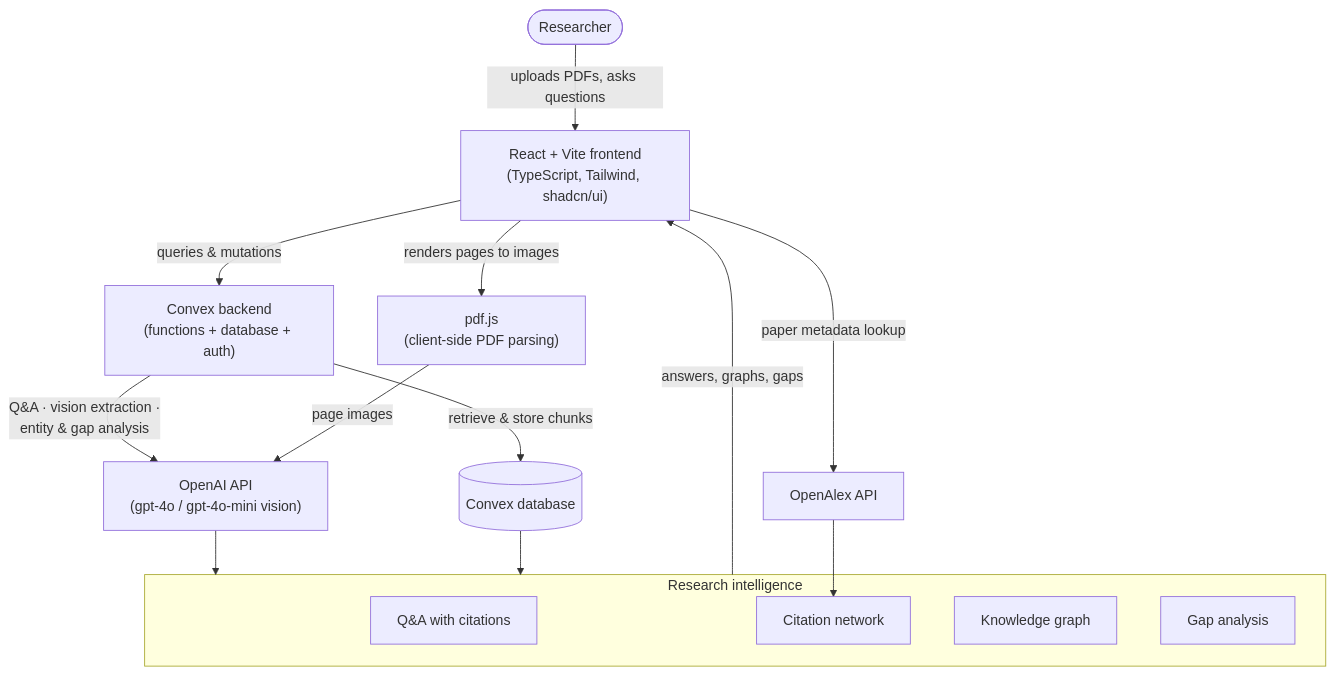
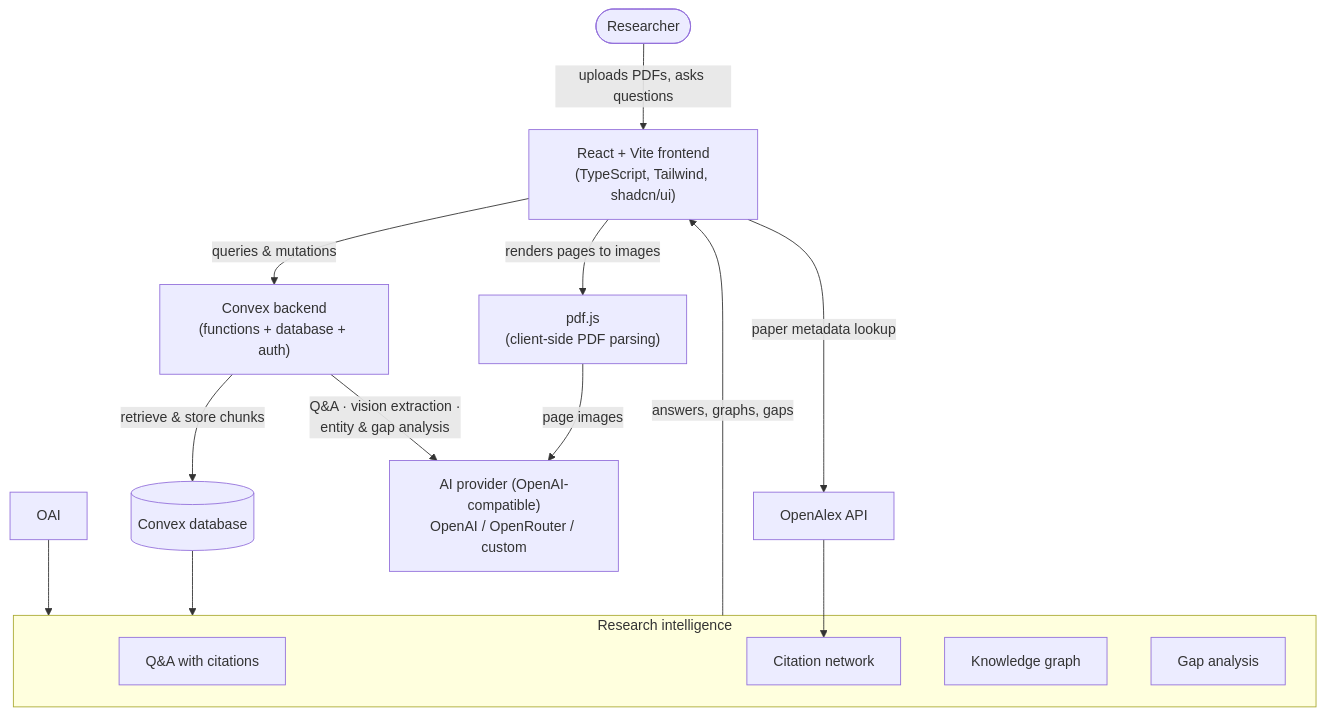
The first of 6 diagrams in README.md (abdumateen/thesis-navigator), drawn with Mermaid before and after one commit. The commit also changed other lines of this file and 14 other files, not shown here.

First line of the commit message:
Before: I want to make a focused architectural improvement to Thesis Navigator:

````diff
--- a/README.md
+++ b/README.md
@@ -105,25 +153,25 @@
 ```mermaid
 flowchart TB
     User([Researcher]) -->|uploads PDFs, asks questions| UI["React + Vite frontend<br/>(TypeScript, Tailwind, shadcn/ui)"]
 
     UI -->|queries & mutations| CB["Convex backend<br/>(functions + database + auth)"]
     UI -->|"paper metadata lookup"| OA["OpenAlex API"]
     UI -->|renders pages to images| PDF["pdf.js<br/>(client-side PDF parsing)"]
 
     CB -->|"retrieve & store chunks"| DB[("Convex database")]
-    CB -->|"Q&A · vision extraction ·<br/>entity & gap analysis"| OAI["OpenAI API<br/>(gpt-4o / gpt-4o-mini vision)"]
+    CB -->|"Q&A · vision extraction ·<br/>entity & gap analysis"| AI["AI provider (OpenAI-compatible)<br/>OpenAI / OpenRouter / custom"]
 
     subgraph ResearchIntelligence ["Research intelligence"]
         QA["Q&A with citations"]
         CN["Citation network"]
         KG["Knowledge graph"]
         GA["Gap analysis"]
     end
 
-    PDF -->|page images| OAI
+    PDF -->|page images| AI
     OAI --> ResearchIntelligence
     OA --> CN
     DB --> ResearchIntelligence
 
     ResearchIntelligence -->|answers, graphs, gaps| UI
 ```
````
